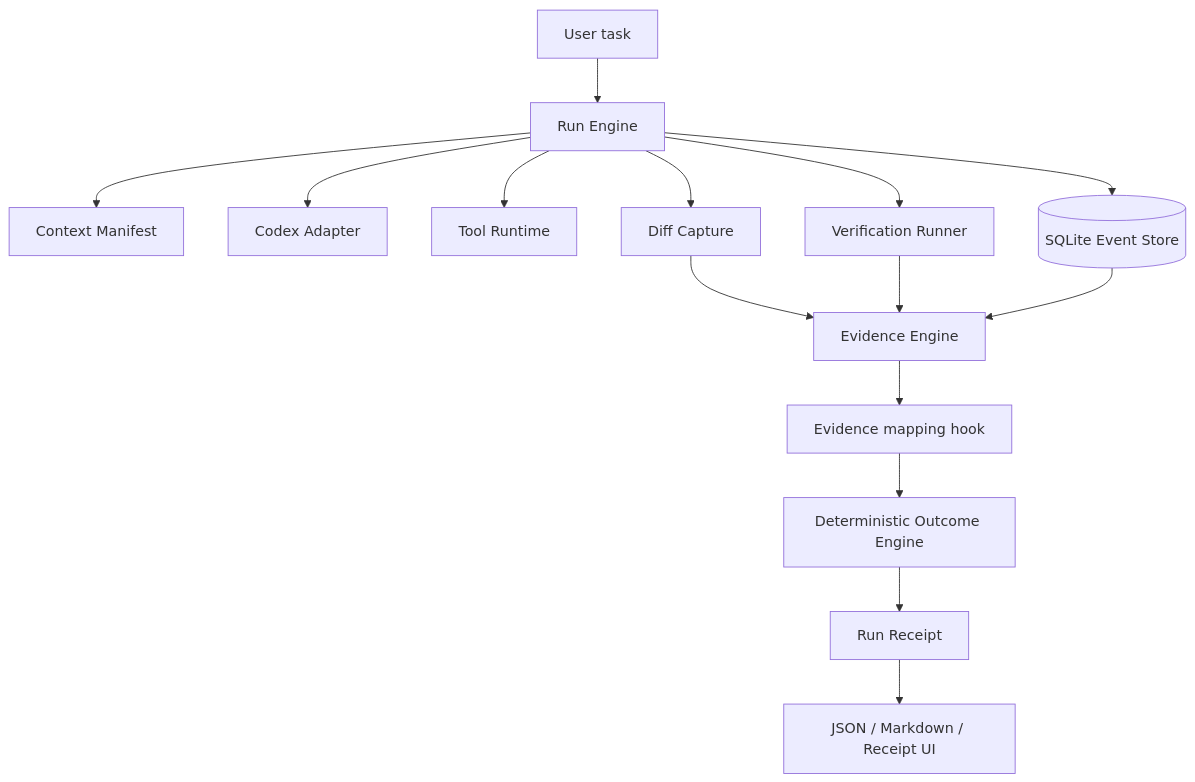
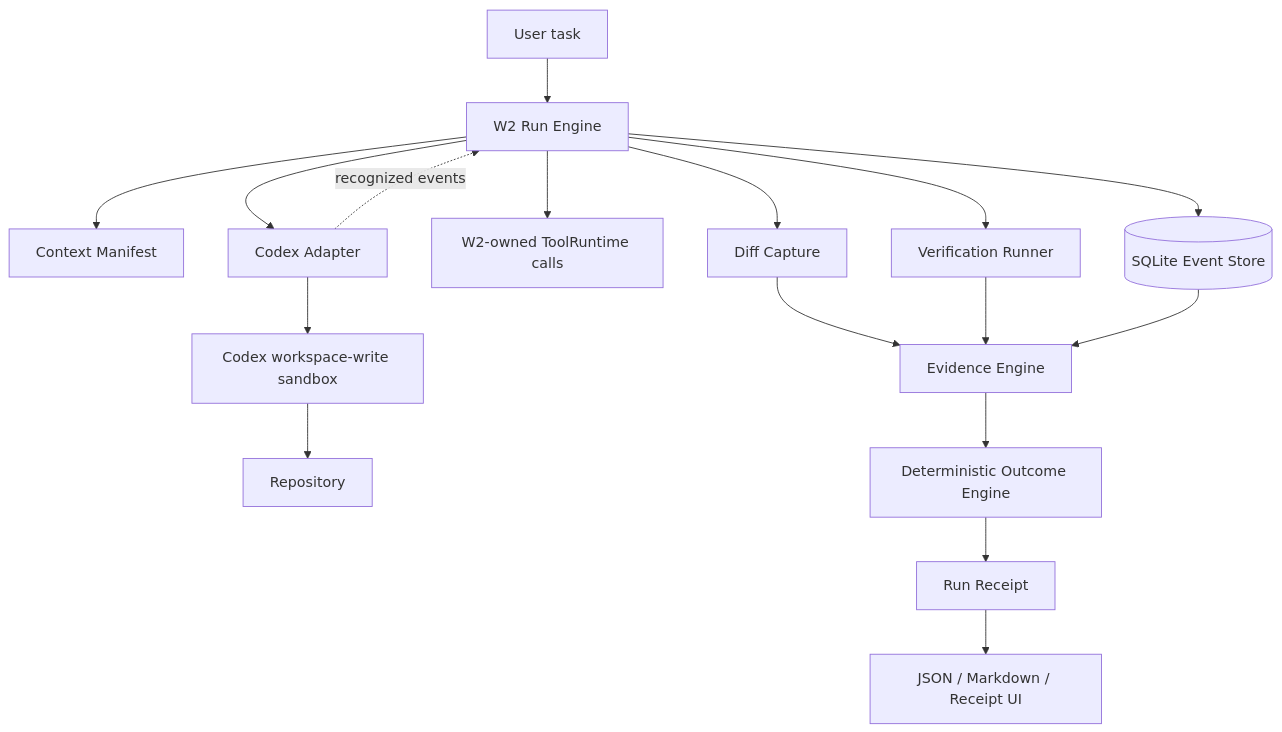
The diagram in docs/ARCHITECTURE-DIAGRAM.md (Ardaozhan/w2), drawn with Mermaid before and after one commit. The commit also changed other lines of this file and 280 other files, not shown here.

````diff
--- a/docs/ARCHITECTURE-DIAGRAM.md
+++ b/docs/ARCHITECTURE-DIAGRAM.md
@@ -3,17 +3,19 @@
 ```mermaid
 flowchart TD
-  U[User task] --> R[Run Engine]
+  U[User task] --> R[W2 Run Engine]
   R --> C[Context Manifest]
   R --> A[Codex Adapter]
-  R --> T[Tool Runtime]
+  A --> SBOX[Codex workspace-write sandbox]
+  SBOX --> REPO[Repository]
+  A -. recognized events .-> R
+  R --> T[W2-owned ToolRuntime calls]
   R --> S[(SQLite Event Store)]
   R --> D[Diff Capture]
   R --> V[Verification Runner]
   D --> E[Evidence Engine]
   V --> E
   S --> E
-  E --> M[Evidence mapping hook]
-  M --> O[Deterministic Outcome Engine]
+  E --> O[Deterministic Outcome Engine]
   O --> Q[Run Receipt]
   Q --> J[JSON / Markdown / Receipt UI]
 ```
````
